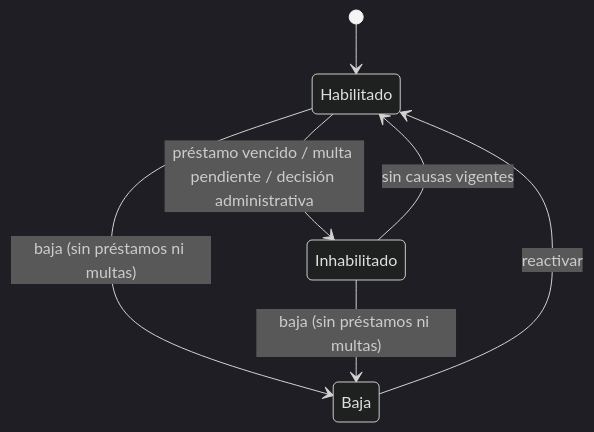
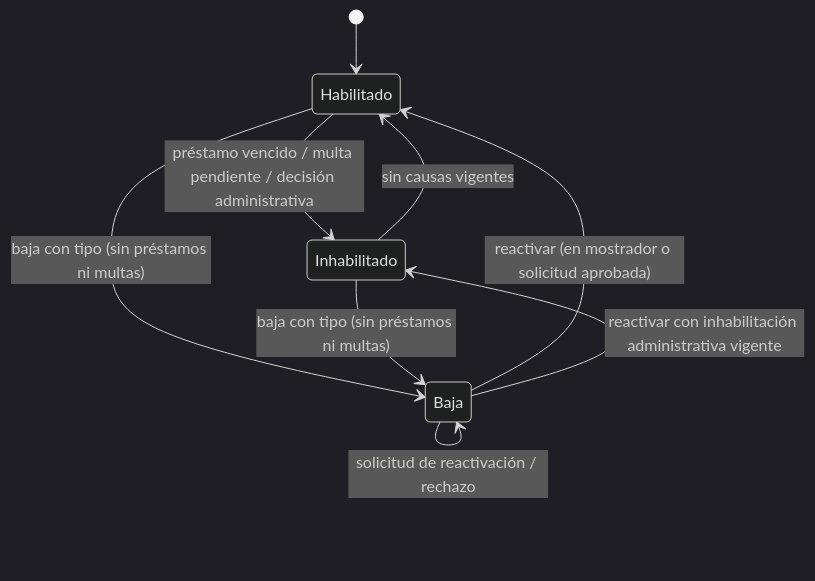
Before and after one commit to Maximiliano018/TPI-DAO: the second of 7 diagrams in docs/tecnica/03-maquinas-de-estado.md, drawn with Mermaid (dark theme). The commit also changed other lines of this file and 38 other files, not shown here.

First line of the commit message:
feat: agregar tipos de baja, reactivación solicitada e historial de socios (#31)

````diff
--- a/docs/tecnica/03-maquinas-de-estado.md
+++ b/docs/tecnica/03-maquinas-de-estado.md
@@ -24,9 +24,11 @@
 ```mermaid
 stateDiagram-v2
     [*] --> Habilitado
     Habilitado --> Inhabilitado : préstamo vencido / multa pendiente / decisión administrativa
     Inhabilitado --> Habilitado : sin causas vigentes
-    Habilitado --> Baja : baja (sin préstamos ni multas)
-    Inhabilitado --> Baja : baja (sin préstamos ni multas)
-    Baja --> Habilitado : reactivar
+    Habilitado --> Baja : baja con tipo (sin préstamos ni multas)
+    Inhabilitado --> Baja : baja con tipo (sin préstamos ni multas)
+    Baja --> Habilitado : reactivar (en mostrador o solicitud aprobada)
+    Baja --> Inhabilitado : reactivar con inhabilitación administrativa vigente
+    Baja --> Baja : solicitud de reactivación / rechazo
 ```
````
